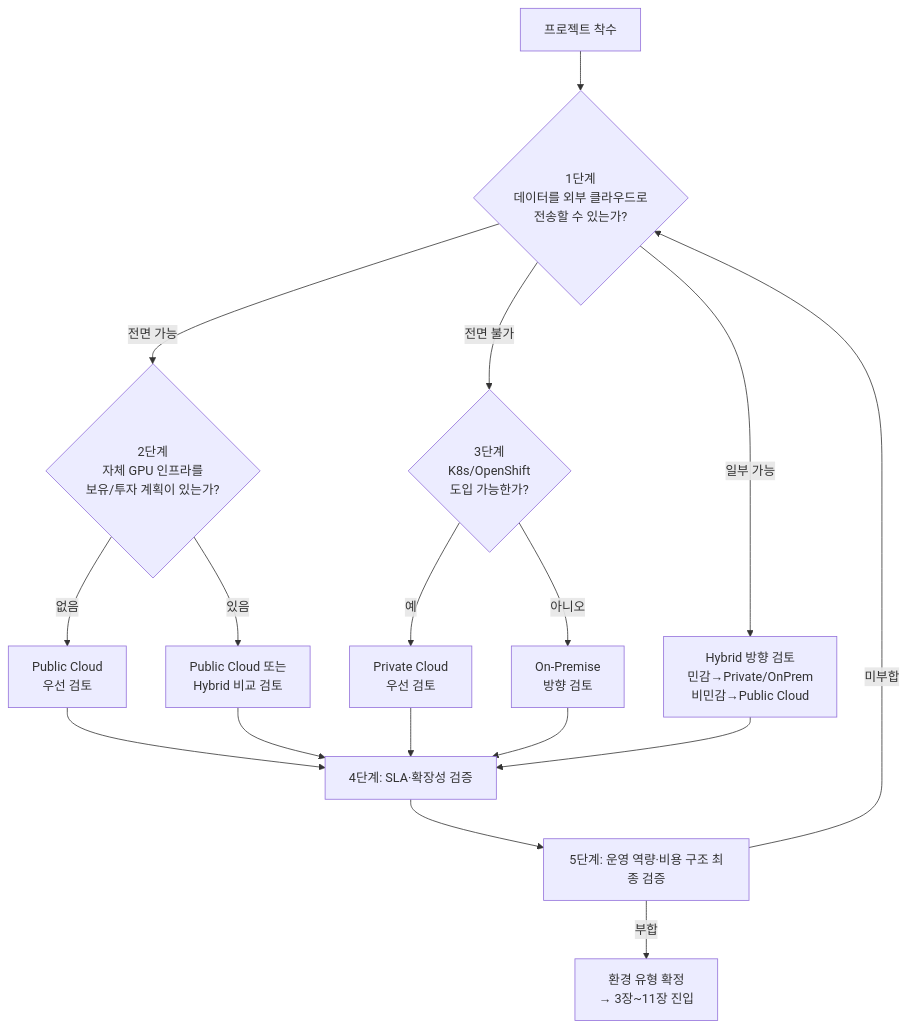
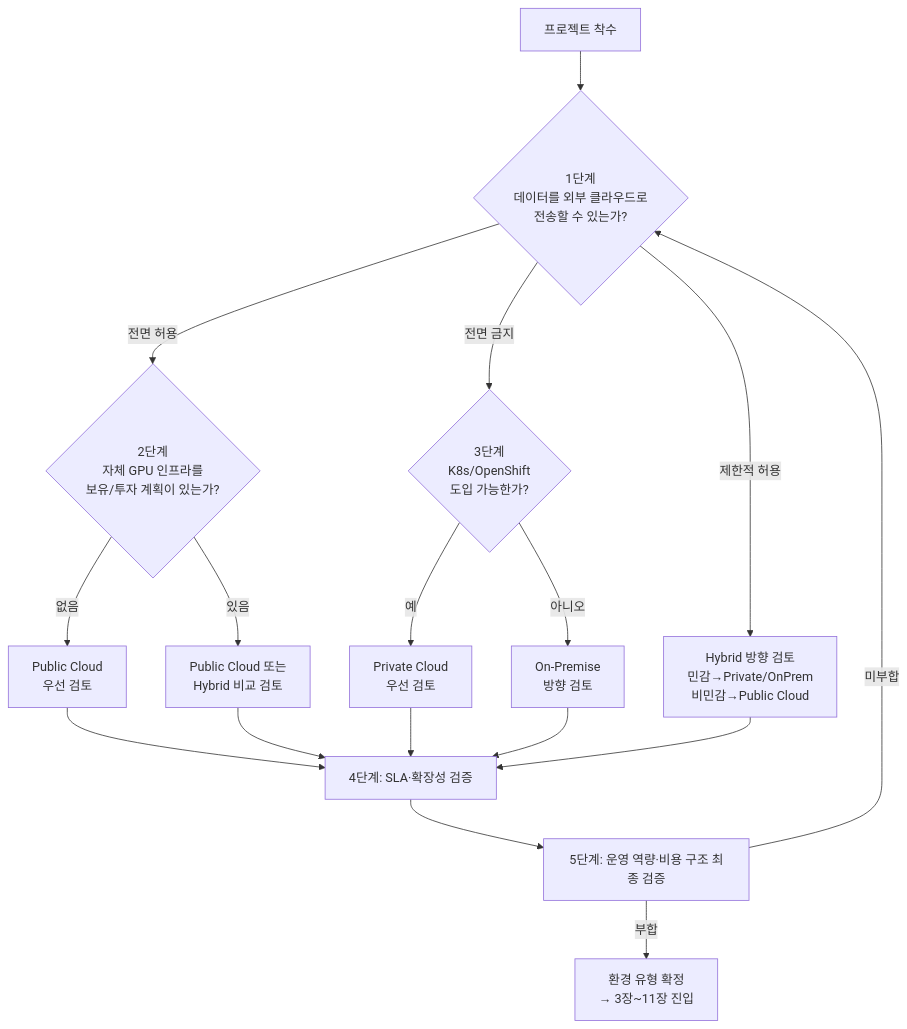
Before and after one commit to greenday86/bestarchi: the first of 2 diagrams in 2.2_배포환경유형과인프라제약.md, drawn with Mermaid. The commit also changed other lines of this file, not shown here.

````diff
--- a/2.2_배포환경유형과인프라제약.md
+++ b/2.2_배포환경유형과인프라제약.md
@@ -39,24 +39,24 @@
 ```mermaid
 flowchart TD
     Start["프로젝트 착수"] --> Q1{"1단계\n데이터를 외부 클라우드로\n전송할 수 있는가?"}
 
-    Q1 -->|"전면 가능"| Q2{"2단계\n자체 GPU 인프라를\n보유/투자 계획이 있는가?"}
-    Q1 -->|"전면 불가"| Q3{"3단계\nK8s/OpenShift\n도입 가능한가?"}
-    Q1 -->|"일부 가능"| Hybrid["Hybrid 방향 검토\n민감→Private/OnPrem\n비민감→Public Cloud"]
+    Q1 -->|"전면 허용"| Q2{"2단계\n자체 GPU 인프라를\n보유/투자 계획이 있는가?"}
+    Q1 -->|"전면 금지"| Q3{"3단계\nK8s/OpenShift\n도입 가능한가?"}
+    Q1 -->|"제한적 허용"| Hybrid["Hybrid 방향 검토\n민감→Private/OnPrem\n비민감→Public Cloud"]
 
     Q2 -->|"없음"| PublicCloud["Public Cloud\n우선 검토"]
     Q2 -->|"있음"| Compare["Public Cloud 또는\nHybrid 비교 검토"]
 
     Q3 -->|"예"| PrivateCloud["Private Cloud\n우선 검토"]
     Q3 -->|"아니오"| OnPrem["On-Premise\n방향 검토"]
 
     PublicCloud --> Q4["4단계: SLA·확장성 검증"]
     Compare --> Q4
     PrivateCloud --> Q4
     OnPrem --> Q4
     Hybrid --> Q4
 
     Q4 --> Q5["5단계: 운영 역량·비용 구조 최종 검증"]
     Q5 -->|"부합"| Confirm["환경 유형 확정\n→ 3장~11장 진입"]
     Q5 -->|"미부합"| Q1
 ```
````
